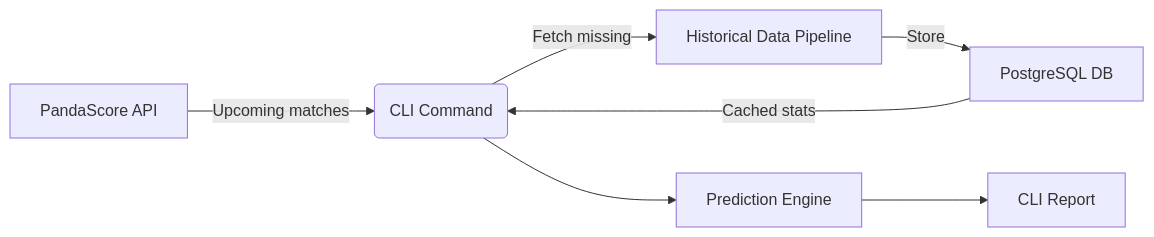
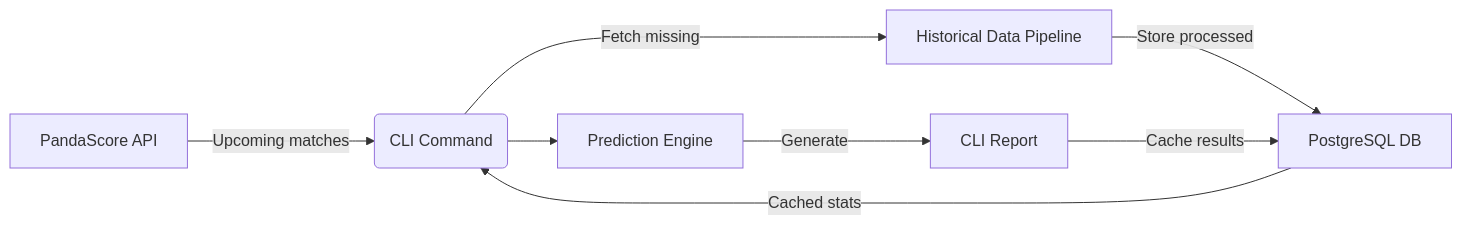
One commit to LZ26/esports-analytics changed the diagram in diagrams/data_flow.mmd. Above: the diagram before and after it, drawn with Mermaid. The commit also changed 21 other files, not shown here.

```diff
--- a/diagrams/data_flow.mmd
+++ b/diagrams/data_flow.mmd
@@ -1,7 +1,8 @@
 graph LR
     A[PandaScore API] -->|Upcoming matches| B(CLI Command)
     C[PostgreSQL DB] -->|Cached stats| B
     B -->|Fetch missing| D[Historical Data Pipeline]
-    D -->|Store| C
+    D -->|Store processed| C
     B --> E[Prediction Engine]
-    E --> F[CLI Report]
+    E -->|Generate| F[CLI Report]
+    F -->|Cache results| C
```
